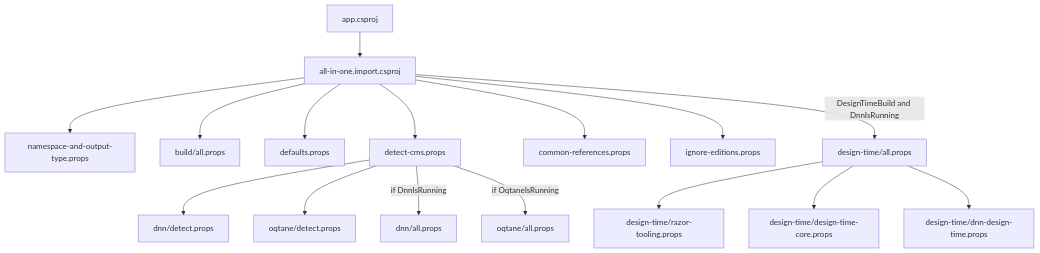
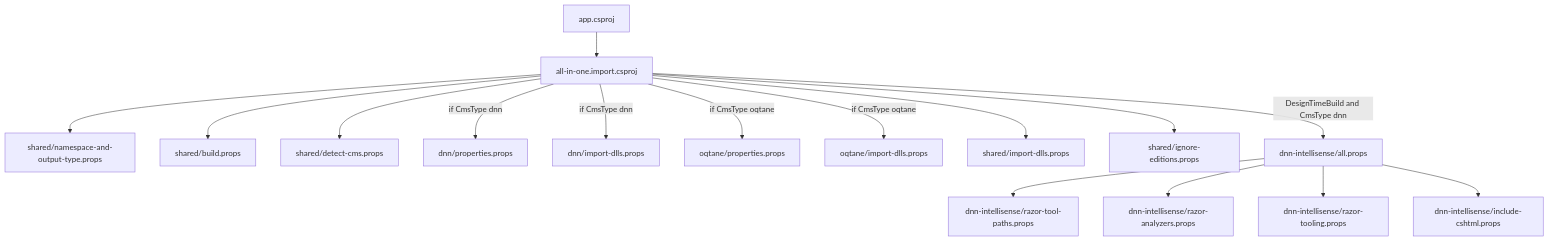
Before and after one commit to 2sxc-apps/app-extension-dotnet-project: the first of 3 diagrams in readme.md, drawn with Mermaid. The commit also changed other lines of this file, not shown here.

Commit message:
update readme for clarity on DNN version and improve prop file organization

````diff
--- a/readme.md
+++ b/readme.md
@@ -171,21 +186,20 @@
 ```mermaid
 flowchart TD
     APP[app.csproj] --> ROOT[all-in-one.import.csproj]
 
-    ROOT --> NS[namespace-and-output-type.props]
-    ROOT --> BUILD[build/all.props]
-    ROOT --> DEF[defaults.props]
-    ROOT --> HOST[detect-cms.props]
-    ROOT --> COMMON[common-references.props]
-    ROOT --> EDIT[ignore-editions.props]
-    ROOT -->|DesignTimeBuild and DnnIsRunning| DT[design-time/all.props]
+    ROOT --> NS[shared/namespace-and-output-type.props]
+    ROOT --> BUILD[shared/build.props]
+    ROOT --> CMS[shared/detect-cms.props]
+    ROOT -->|if CmsType dnn| DNNPROPS[dnn/properties.props]
+    ROOT -->|if CmsType dnn| DNNDLLS[dnn/import-dlls.props]
+    ROOT -->|if CmsType oqtane| OQTPROPS[oqtane/properties.props]
+    ROOT -->|if CmsType oqtane| OQTDLLS[oqtane/import-dlls.props]
+    ROOT --> COMMON[shared/import-dlls.props]
+    ROOT --> EDIT[shared/ignore-editions.props]
+    ROOT -->|DesignTimeBuild and CmsType dnn| DT[dnn-intellisense/all.props]
 
-    HOST --> DNNDET[dnn/detect.props]
-    HOST --> OQTDET[oqtane/detect.props]
-    HOST -->|if DnnIsRunning| DNN[dnn/all.props]
-    HOST -->|if OqtaneIsRunning| OQT[oqtane/all.props]
-
-    DT --> RAZOR[design-time/razor-tooling.props]
-    DT --> DTCORE[design-time/design-time-core.props]
-    DT --> DTDNN[design-time/dnn-design-time.props]
+    DT --> DTPATHS[dnn-intellisense/razor-tool-paths.props]
+    DT --> DTAN[dnn-intellisense/razor-analyzers.props]
+    DT --> DTTOOLS[dnn-intellisense/razor-tooling.props]
+    DT --> DTCSHTML[dnn-intellisense/include-cshtml.props]
 ```
````
